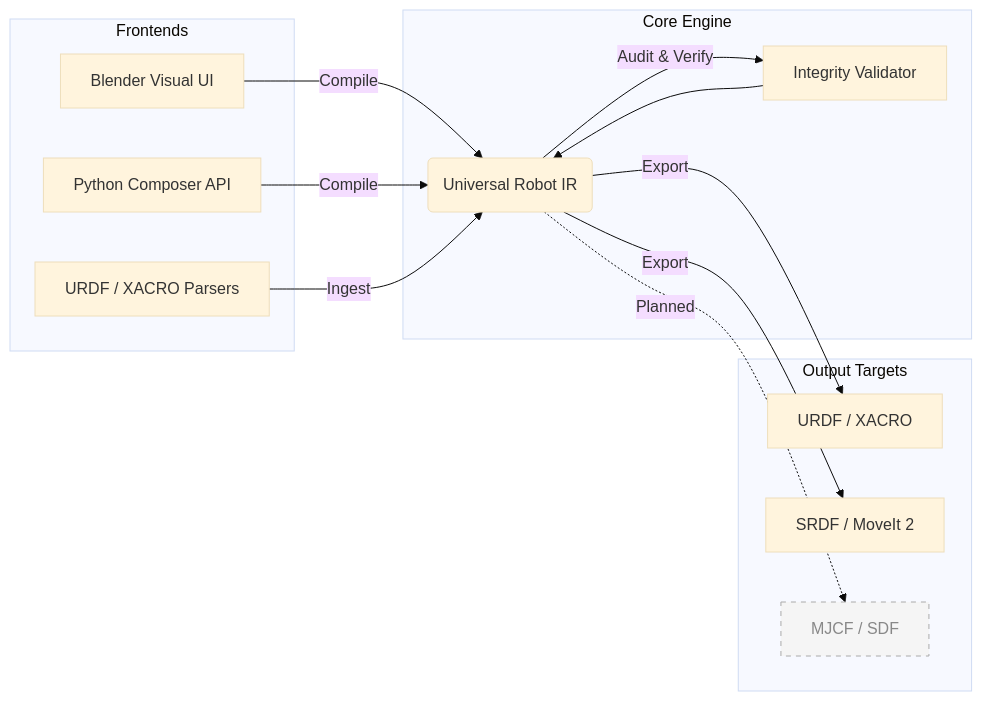
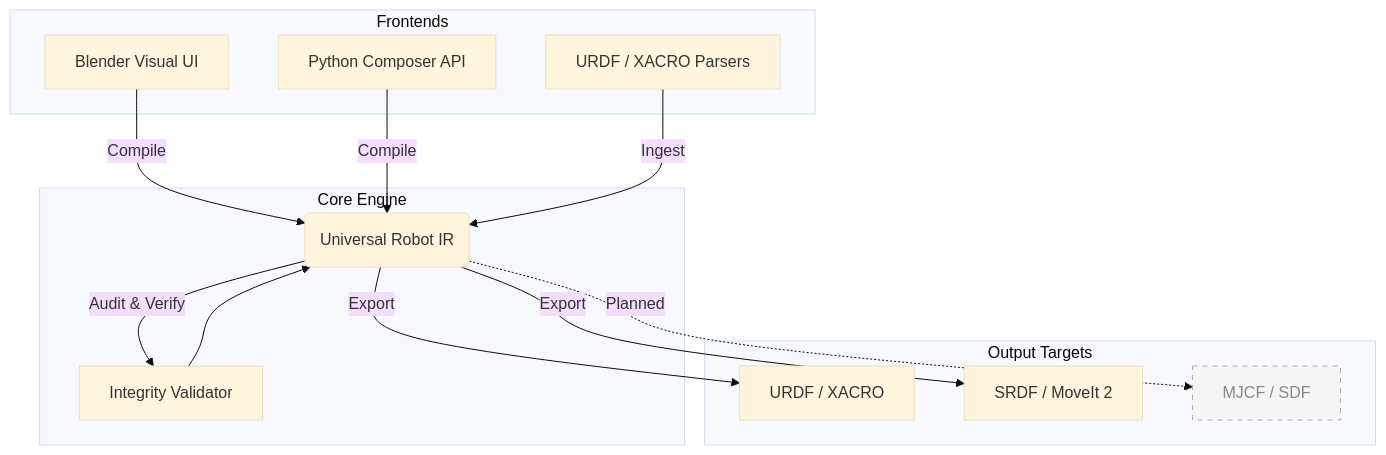
Before and after one commit to arounamounchili/linkforge: the diagram in docs/source/index.md, drawn with Mermaid (base theme).

Commit message:
docs: switch mermaid diagram from LR to TD layout for better spacing

````diff
--- a/docs/source/index.md
+++ b/docs/source/index.md
@@ -9,30 +9,30 @@
 ```{mermaid}
-graph LR
+graph TD
     subgraph Frontends["Frontends"]
         UI["Blender Visual UI"]
         API["Python Composer API"]
         CAD["URDF / XACRO Parsers"]
     end
 
     subgraph Core["Core Engine"]
         IR("Universal Robot IR")
         Val["Integrity Validator"]
         IR -->|Audit & Verify| Val
         Val --> IR
     end
 
     subgraph Targets["Output Targets"]
         URDF["URDF / XACRO"]
         SRDF["SRDF / MoveIt 2"]
         Future["MJCF / SDF"]
     end
 
     UI -->|Compile| IR
     API -->|Compile| IR
     CAD -->|Ingest| IR
     IR -->|Export| URDF
     IR -->|Export| SRDF
     IR -.->|Planned| Future
 
     style Future fill:#f5f5f5,stroke:#aaa,stroke-dasharray:5,color:#888
 ```
````
